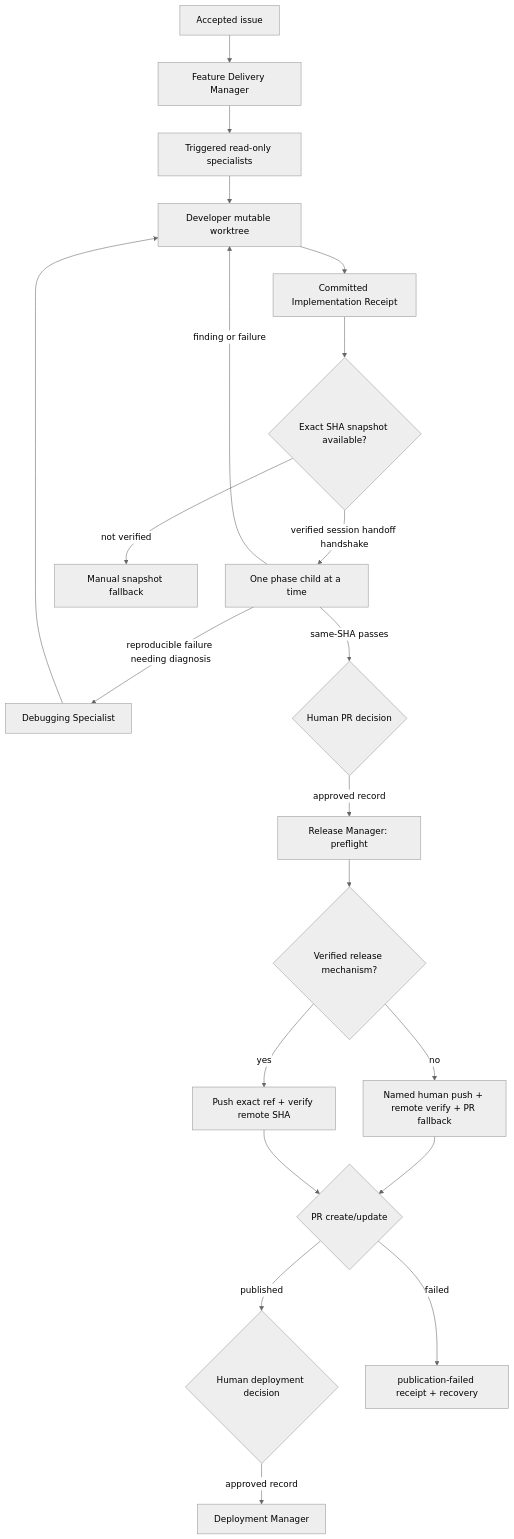
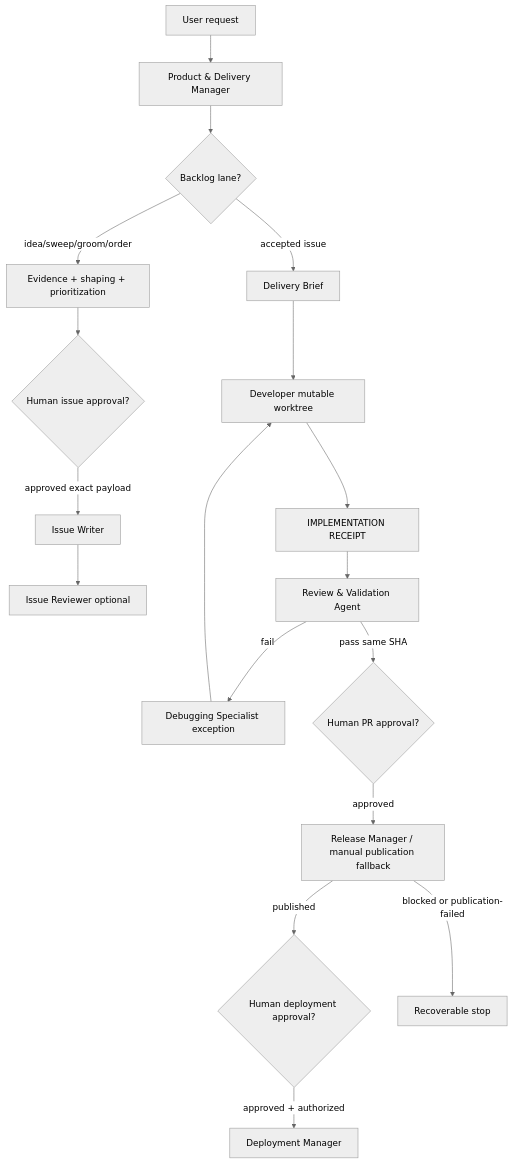
Before and after one commit to lfarci/loganfarci.com: the diagram in docs/agents/feature-delivery-manager.md, drawn with Mermaid (neutral theme). The commit also changed other lines of this file and 14 other files, not shown here.

Commit message:
docs(agents): consolidate product delivery orchestration

````diff
--- a/docs/agents/feature-delivery-manager.md
+++ b/docs/agents/feature-delivery-manager.md
@@ -257,23 +125,20 @@
 ```mermaid
 flowchart TD
-    A[Accepted issue] --> M[Feature Delivery Manager]
-    M --> S[Triggered read-only specialists]
-    S --> D[Developer mutable worktree]
-    D --> I[Committed Implementation Receipt]
-    I --> V{Exact SHA snapshot available?}
-    V -->|verified session handoff handshake| R[One phase child at a time]
-    V -->|not verified| F[Manual snapshot fallback]
-    R -->|reproducible failure needing diagnosis| B[Debugging Specialist]
-    B --> D
-    R -->|finding or failure| D
-    R -->|same-SHA passes| P{Human PR decision}
-    P -->|approved record| L[Release Manager: preflight]
-    L --> U{Verified release mechanism?}
-    U -->|no| H[Named human push + remote verify + PR fallback]
-    U -->|yes| W[Push exact ref + verify remote SHA]
-    H --> Z{Release receipt?}
-    W --> Z{PR create/update}
-    Z -->|published| Q{Human deployment decision}
-    Z -->|failed| F2[publication-failed receipt + recovery]
-    Q -->|approved record| X[Deployment Manager]
+    U[User request] --> PDM[Product & Delivery Manager]
+    PDM --> BL{Backlog lane?}
+    BL -->|idea/sweep/groom/order| E[Evidence + shaping + prioritization]
+    E --> G{Human issue approval?}
+    G -->|approved exact payload| IW[Issue Writer]
+    IW --> IR[Issue Reviewer optional]
+    BL -->|accepted issue| DB[Delivery Brief]
+    DB --> DEV[Developer mutable worktree]
+    DEV --> IMP[IMPLEMENTATION RECEIPT]
+    IMP --> RV[Review & Validation Agent]
+    RV -->|fail| DBG[Debugging Specialist exception]
+    DBG --> DEV
+    RV -->|pass same SHA| PRG{Human PR approval?}
+    PRG -->|approved| REL[Release Manager / manual publication fallback]
+    REL -->|published| DG{Human deployment approval?}
+    REL -->|blocked or publication-failed| STOP[Recoverable stop]
+    DG -->|approved + authorized| DEP[Deployment Manager]
 ```
````
